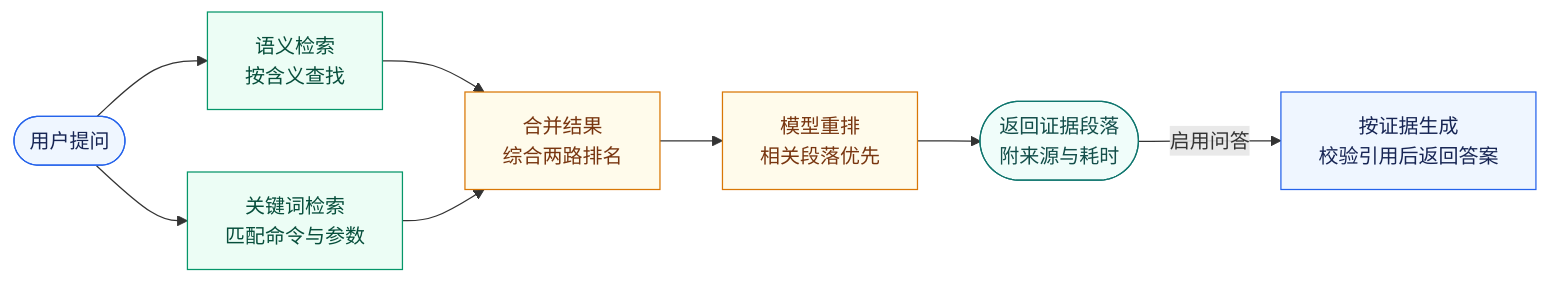
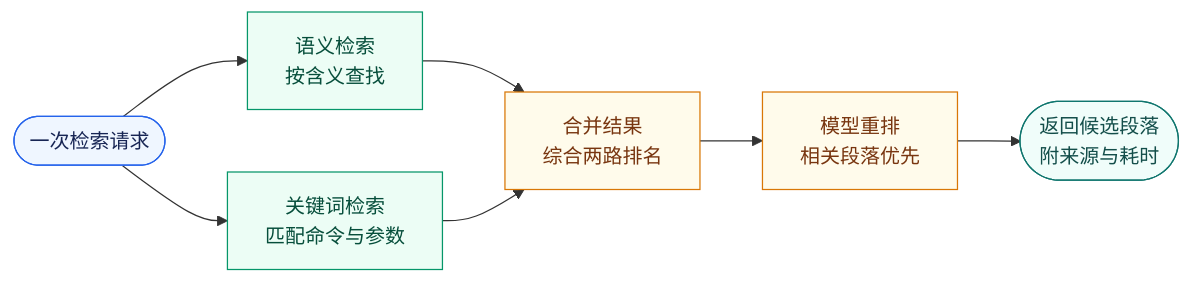
One commit to margerit0/EvidenceRAG changed the second of 2 diagrams in README.md. Above: the diagram before and after it, drawn with Mermaid. The commit also changed other lines of this file, not shown here.

````diff
--- a/README.md
+++ b/README.md
@@ -34,21 +70,18 @@
 ```mermaid
 flowchart LR
-    Q([用户提问]) --> D[语义检索<br/>按含义查找]
+    Q([一次检索请求]) --> D[语义检索<br/>按含义查找]
     Q --> K[关键词检索<br/>匹配命令与参数]
     D --> F[合并结果<br/>综合两路排名]
     K --> F
     F --> R[模型重排<br/>相关段落优先]
-    R --> O([返回证据段落<br/>附来源与耗时])
-    O -->|启用问答| A[按证据生成<br/>校验引用后返回答案]
+    R --> O([返回候选段落<br/>附来源与耗时])
 
     classDef input fill:#eff6ff,stroke:#2563eb,color:#172554
     classDef search fill:#ecfdf5,stroke:#059669,color:#064e3b
     classDef rank fill:#fffbeb,stroke:#d97706,color:#78350f
     classDef output fill:#f0fdfa,stroke:#0f766e,color:#134e4a
-    classDef answer fill:#eff6ff,stroke:#2563eb,color:#172554
     class Q input
     class D,K search
     class F,R rank
     class O output
-    class A answer
 ```
````
